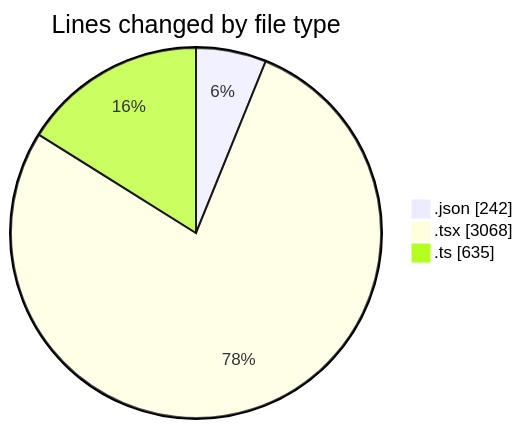
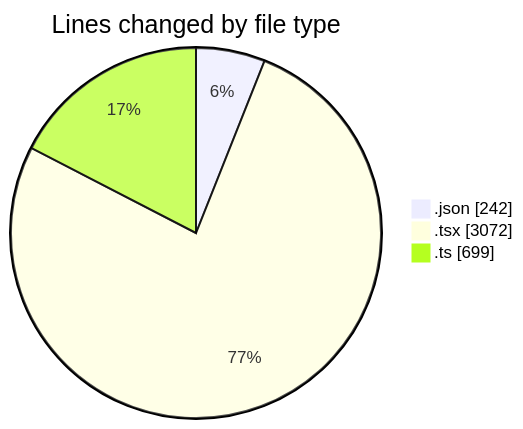
Before and after one commit to julien-gomy/code-tracking: the first of 2 diagrams in 2025-11-17/eventscop-frontend-guide__workspace_/README.md, drawn with Mermaid. The commit also changed other lines of this file and 1 other file, not shown here.

````diff
--- a/2025-11-17/eventscop-frontend-guide__workspace_/README.md
+++ b/2025-11-17/eventscop-frontend-guide__workspace_/README.md
@@ -41,7 +42,7 @@
 ```mermaid
 pie showData
 title Lines changed by file type
 ".json" : 242
-".tsx" : 3068
-".ts" : 635
+".tsx" : 3072
+".ts" : 699
 ```
````
